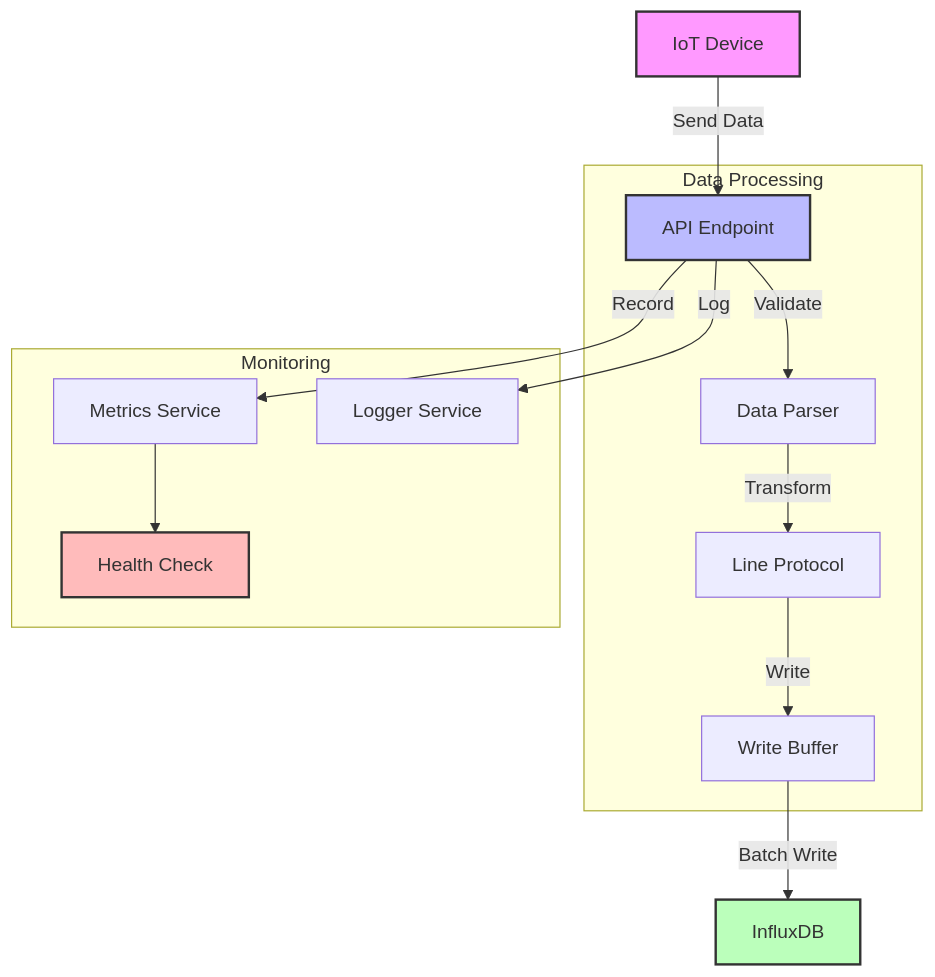
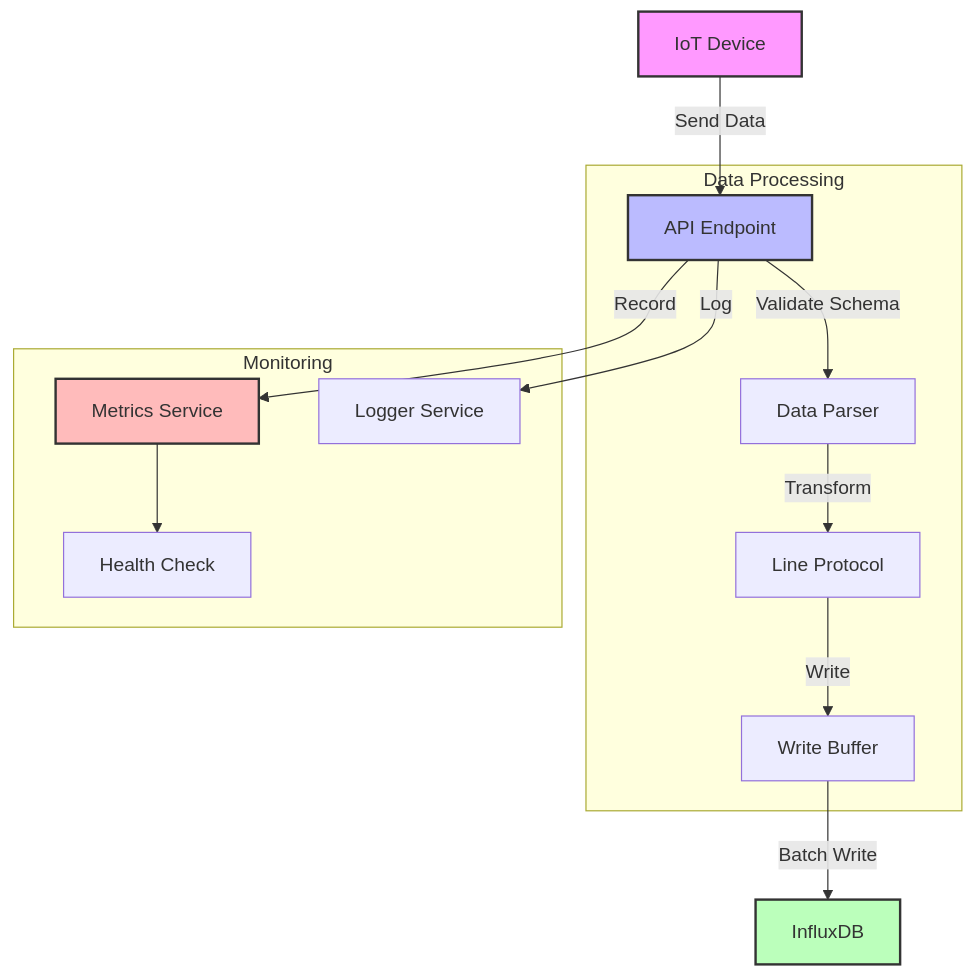
Before and after one commit to veilands/cf-learn: the fourth of 6 diagrams in docs/architecture.md, drawn with Mermaid. The commit also changed other lines of this file and 2 other files, not shown here.

````diff
--- a/docs/architecture.md
+++ b/docs/architecture.md
@@ -84,23 +89,23 @@
 ```mermaid
 graph TD
     Device[IoT Device] -->|Send Data| API[API Endpoint]
     
     subgraph Data Processing
-        API -->|Validate| Parser[Data Parser]
+        API -->|Validate Schema| Parser[Data Parser]
         Parser -->|Transform| Protocol[Line Protocol]
         Protocol -->|Write| Buffer[Write Buffer]
     end
     
     Buffer -->|Batch Write| IDB[InfluxDB]
     
     subgraph Monitoring
         API -->|Record| Metrics[Metrics Service]
         API -->|Log| Logger[Logger Service]
         Metrics --> Health[Health Check]
     end
 
     style Device fill:#f9f,stroke:#333,stroke-width:2px
     style API fill:#bbf,stroke:#333,stroke-width:2px
     style IDB fill:#bfb,stroke:#333,stroke-width:2px
-    style Health fill:#fbb,stroke:#333,stroke-width:2px
+    style Metrics fill:#fbb,stroke:#333,stroke-width:2px
 ```
````
